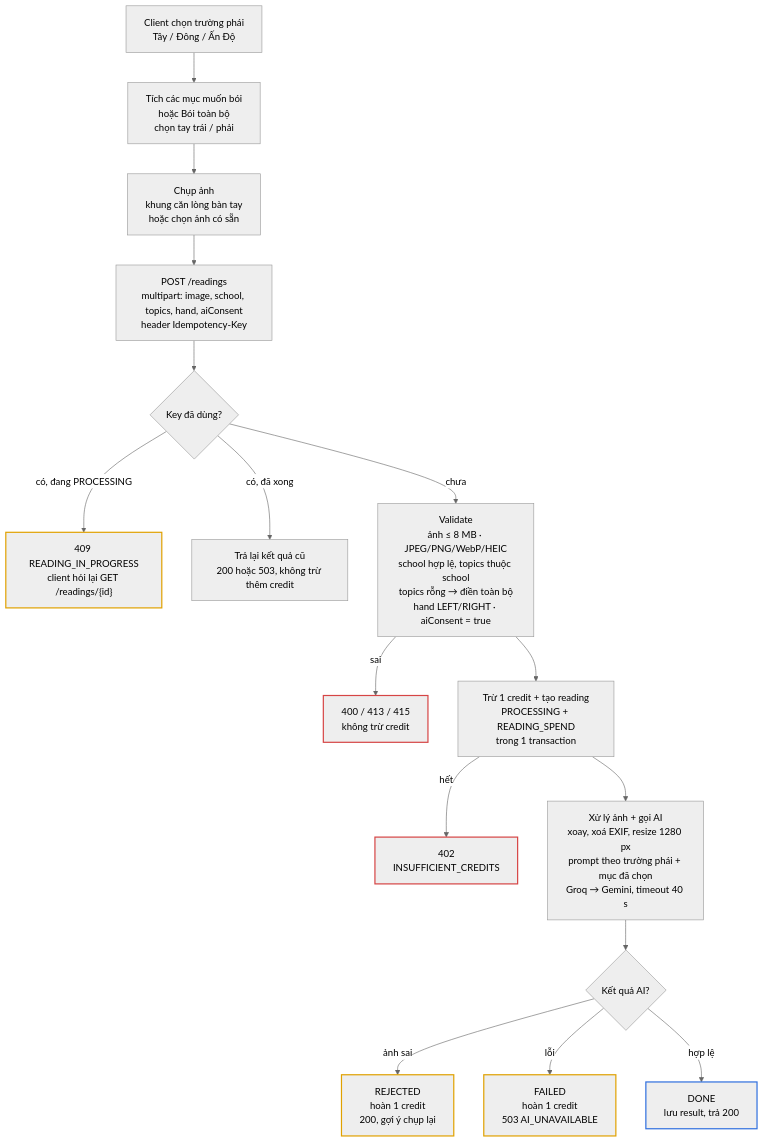
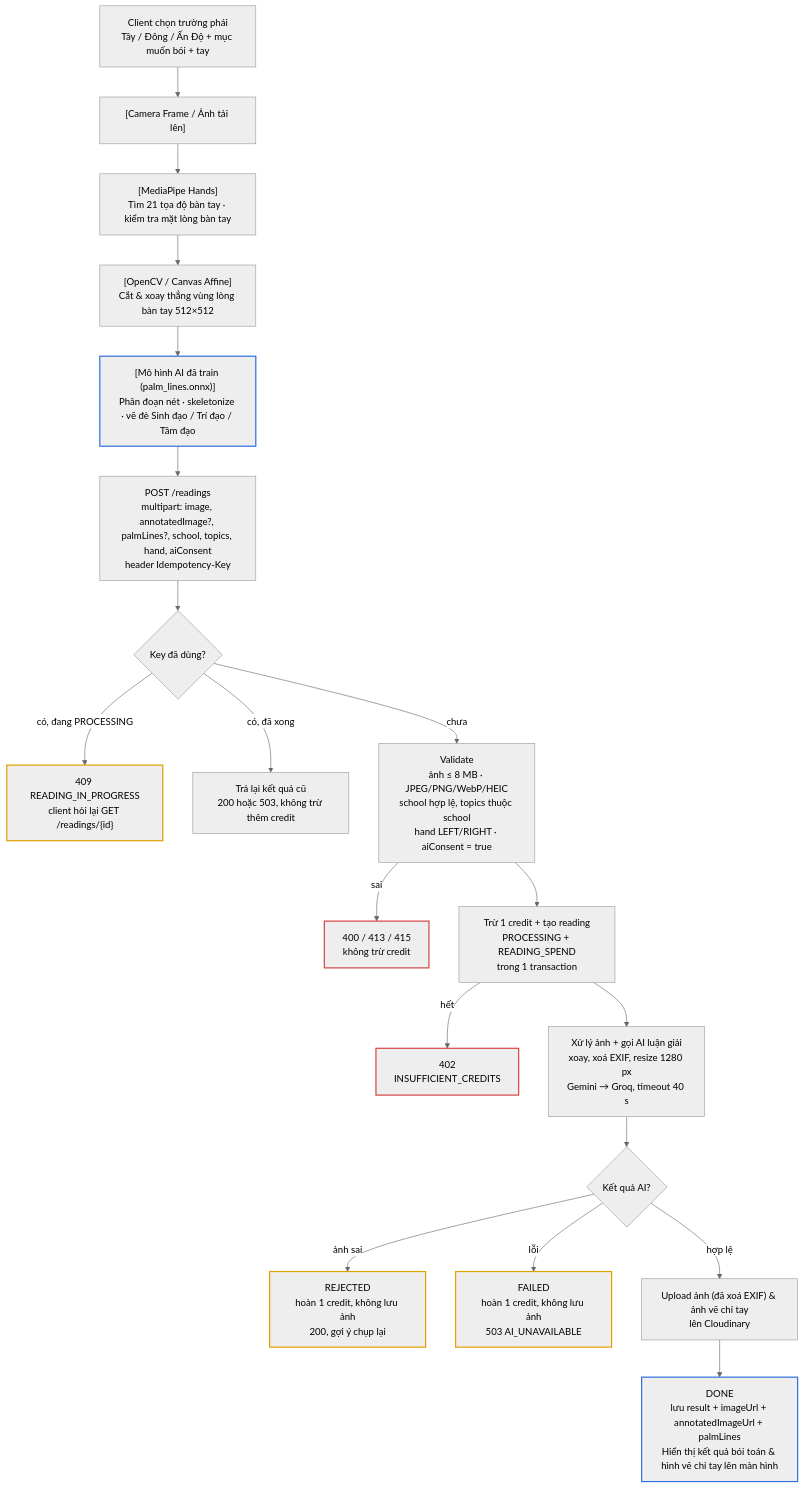
The fifth of 5 diagrams in docs/workflow.md (DucDMinh/PalmSight), drawn with Mermaid (neutral theme) before and after one commit. The commit also changed other lines of this file and 16 other files, not shown here.

````diff
--- a/docs/workflow.md
+++ b/docs/workflow.md
@@ -151,38 +153,41 @@
 ```mermaid
 flowchart TB
-    choose["Client chọn trường phái<br/>Tây / Đông / Ấn Độ"]
-    topics["Tích các mục muốn bói<br/>hoặc Bói toàn bộ<br/>chọn tay trái / phải"]
-    capture["Chụp ảnh<br/>khung căn lòng bàn tay<br/>hoặc chọn ảnh có sẵn"]
-    post["POST /readings<br/>multipart: image, school, topics, hand, aiConsent<br/>header Idempotency-Key"]
+    choose["Client chọn trường phái<br/>Tây / Đông / Ấn Độ + mục muốn bói + tay"]
+    cam["[Camera Frame / Ảnh tải lên]"]
+    mp["[MediaPipe Hands]<br/>Tìm 21 tọa độ bàn tay · kiểm tra mặt lòng bàn tay"]
+    cv["[OpenCV / Canvas Affine]<br/>Cắt & xoay thẳng vùng lòng bàn tay 512×512"]
+    onnx["[Mô hình AI đã train (palm_lines.onnx)]<br/>Phân đoạn nét · skeletonize · vẽ đè Sinh đạo / Trí đạo / Tâm đạo"]
+    post["POST /readings<br/>multipart: image, annotatedImage?, palmLines?, school, topics, hand, aiConsent<br/>header Idempotency-Key"]
     key{"Key đã dùng?"}
     inProgress["409 READING_IN_PROGRESS<br/>client hỏi lại GET /readings/{id}"]
     replay["Trả lại kết quả cũ<br/>200 hoặc 503, không trừ thêm credit"]
-    validate["Validate<br/>ảnh ≤ 8 MB · JPEG/PNG/WebP/HEIC<br/>school hợp lệ, topics thuộc school<br/>topics rỗng → điền toàn bộ<br/>hand LEFT/RIGHT · aiConsent = true"]
+    validate["Validate<br/>ảnh ≤ 8 MB · JPEG/PNG/WebP/HEIC<br/>school hợp lệ, topics thuộc school<br/>hand LEFT/RIGHT · aiConsent = true"]
     badReq["400 / 413 / 415<br/>không trừ credit"]
     spend["Trừ 1 credit + tạo reading<br/>PROCESSING + READING_SPEND<br/>trong 1 transaction"]
     noCredit["402<br/>INSUFFICIENT_CREDITS"]
-    ai["Xử lý ảnh + gọi AI<br/>xoay, xoá EXIF, resize 1280 px<br/>prompt theo trường phái + mục đã chọn<br/>Groq → Gemini, timeout 40 s"]
+    ai["Xử lý ảnh + gọi AI luận giải<br/>xoay, xoá EXIF, resize 1280 px<br/>Gemini → Groq, timeout 40 s"]
     result{"Kết quả AI?"}
-    rejected["REJECTED<br/>hoàn 1 credit<br/>200, gợi ý chụp lại"]
-    failed["FAILED<br/>hoàn 1 credit<br/>503 AI_UNAVAILABLE"]
-    done["DONE<br/>lưu result, trả 200"]
+    rejected["REJECTED<br/>hoàn 1 credit, không lưu ảnh<br/>200, gợi ý chụp lại"]
+    failed["FAILED<br/>hoàn 1 credit, không lưu ảnh<br/>503 AI_UNAVAILABLE"]
+    cloud["Upload ảnh (đã xoá EXIF) & ảnh vẽ chỉ tay<br/>lên Cloudinary"]
+    done["DONE<br/>lưu result + imageUrl + annotatedImageUrl + palmLines<br/>Hiển thị kết quả bói toán & hình vẽ chỉ tay lên màn hình"]
 
-    choose --> topics --> capture --> post --> key
+    choose --> cam --> mp --> cv --> onnx --> post --> key
     key -->|có, đang PROCESSING| inProgress
     key -->|có, đã xong| replay
     key -->|chưa| validate
     validate -->|sai| badReq
     validate --> spend
     spend -->|hết| noCredit
     spend --> ai --> result
     result -->|ảnh sai| rejected
     result -->|lỗi| failed
-    result -->|hợp lệ| done
+    result -->|hợp lệ| cloud --> done
 
     classDef accent stroke:#2f6fde,stroke-width:2px
     classDef warn stroke:#e0a100,stroke-width:2px
     classDef bad stroke:#d64545,stroke-width:2px
-    class done accent
+    class done,onnx accent
     class rejected,failed,inProgress warn
     class badReq,noCredit bad
 ```
````
